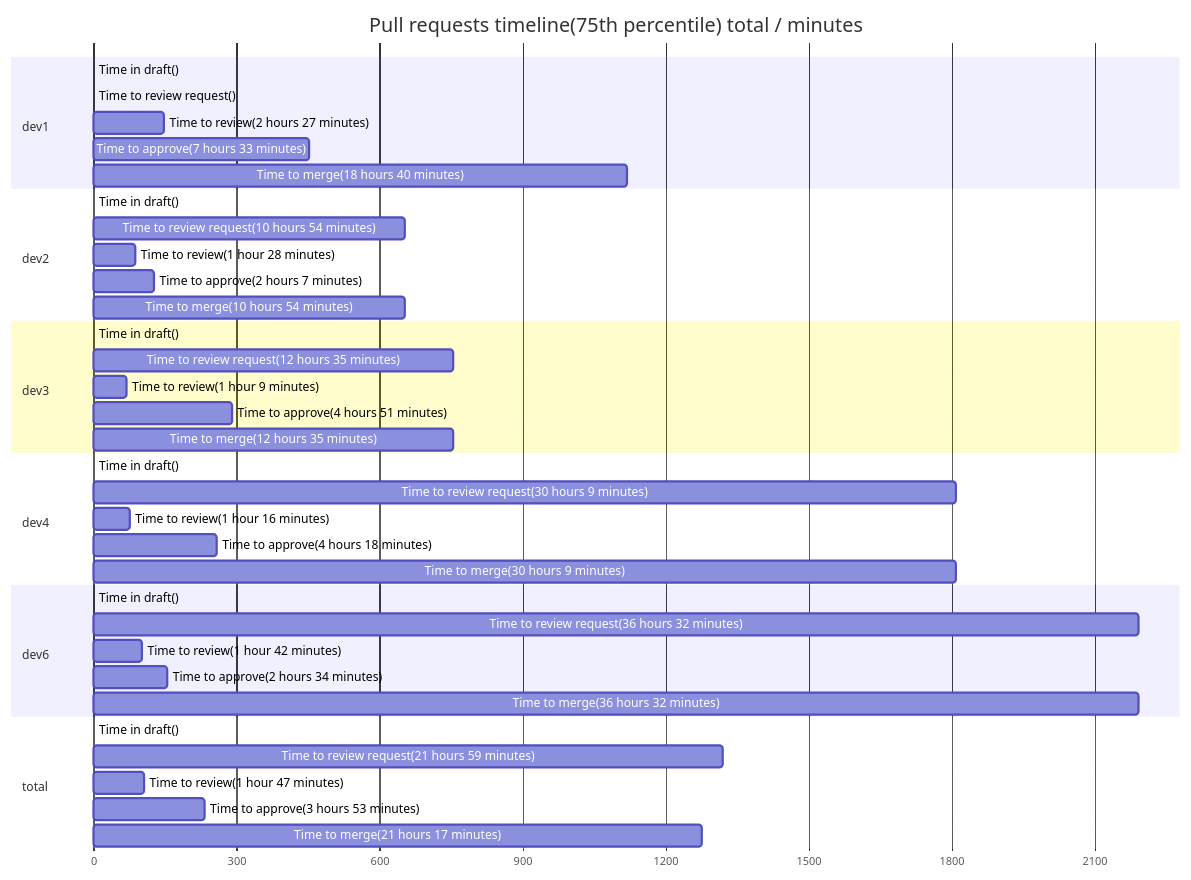
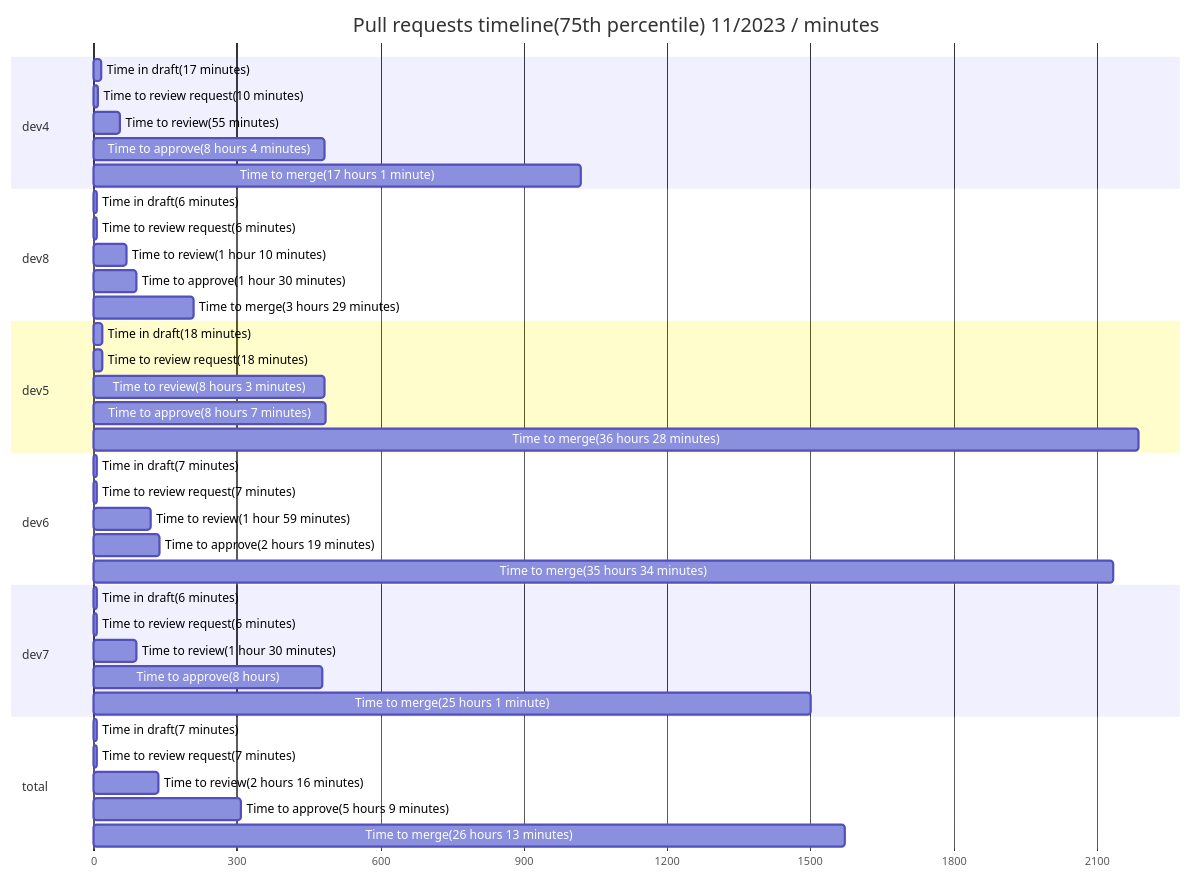
One commit to AlexSim93/pull-request-analytics-action changed diagram 13 of 44 in examples/periodReport.md. Above: the diagram before and after it, drawn with Mermaid. The commit also changed other lines of this file and 8 other files, not shown here.

Commit message:
Fix: Fixed review requests and time in draft

````diff
--- a/examples/periodReport.md
+++ b/examples/periodReport.md
@@ -259,48 +233,48 @@
 ```mermaid
 gantt
-title Pull requests timeline(75th percentile) total / minutes
+title Pull requests timeline(75th percentile) 11/2023 / minutes
 dateFormat X
 axisFormat %s
-section dev1
-                Time in draft() :  0, 0
-Time to review request() :  0, 0
-Time to review(2 hours 27 minutes) :  0, 147
-Time to approve(7 hours 33 minutes) :  0, 453
-Time to merge(18 hours 40 minutes) :  0, 1120
+section dev4
+                Time in draft(17 minutes) :  0, 17
+Time to review request(10 minutes) :  0, 10
+Time to review(55 minutes) :  0, 55
+Time to approve(8 hours 4 minutes) :  0, 484
+Time to merge(17 hours 1 minute) :  0, 1021
 
-section dev2
-                Time in draft() :  0, 0
-Time to review request(10 hours 54 minutes) :  0, 654
-Time to review(1 hour 28 minutes) :  0, 88
-Time to approve(2 hours 7 minutes) :  0, 127
-Time to merge(10 hours 54 minutes) :  0, 654
+section dev8
+                Time in draft(6 minutes) :  0, 6
+Time to review request(6 minutes) :  0, 6
+Time to review(1 hour 10 minutes) :  0, 70
+Time to approve(1 hour 30 minutes) :  0, 90
+Time to merge(3 hours 29 minutes) :  0, 209
 
-section dev3
-                Time in draft() :  0, 0
-Time to review request(12 hours 35 minutes) :  0, 755
-Time to review(1 hour 9 minutes) :  0, 69
-Time to approve(4 hours 51 minutes) :  0, 291
-Time to merge(12 hours 35 minutes) :  0, 755
-
-section dev4
-                Time in draft() :  0, 0
-Time to review request(30 hours 9 minutes) :  0, 1809
-Time to review(1 hour 16 minutes) :  0, 76
-Time to approve(4 hours 18 minutes) :  0, 258
-Time to merge(30 hours 9 minutes) :  0, 1809
+section dev5
+                Time in draft(18 minutes) :  0, 18
+Time to review request(18 minutes) :  0, 18
+Time to review(8 hours 3 minutes) :  0, 483
+Time to approve(8 hours 7 minutes) :  0, 487
+Time to merge(36 hours 28 minutes) :  0, 2188
 
 section dev6
-                Time in draft() :  0, 0
-Time to review request(36 hours 32 minutes) :  0, 2192
-Time to review(1 hour 42 minutes) :  0, 102
-Time to approve(2 hours 34 minutes) :  0, 154
-Time to merge(36 hours 32 minutes) :  0, 2192
+                Time in draft(7 minutes) :  0, 7
+Time to review request(7 minutes) :  0, 7
+Time to review(1 hour 59 minutes) :  0, 119
+Time to approve(2 hours 19 minutes) :  0, 139
+Time to merge(35 hours 34 minutes) :  0, 2134
+
+section dev7
+                Time in draft(6 minutes) :  0, 6
+Time to review request(6 minutes) :  0, 6
+Time to review(1 hour 30 minutes) :  0, 90
+Time to approve(8 hours) :  0, 480
+Time to merge(25 hours 1 minute) :  0, 1501
 
 section total
-                Time in draft() :  0, 0
-Time to review request(21 hours 59 minutes) :  0, 1319
-Time to review(1 hour 47 minutes) :  0, 107
-Time to approve(3 hours 53 minutes) :  0, 233
-Time to merge(21 hours 17 minutes) :  0, 1277
+                Time in draft(7 minutes) :  0, 7
+Time to review request(7 minutes) :  0, 7
+Time to review(2 hours 16 minutes) :  0, 136
+Time to approve(5 hours 9 minutes) :  0, 309
+Time to merge(26 hours 13 minutes) :  0, 1573
 
 ```
````
